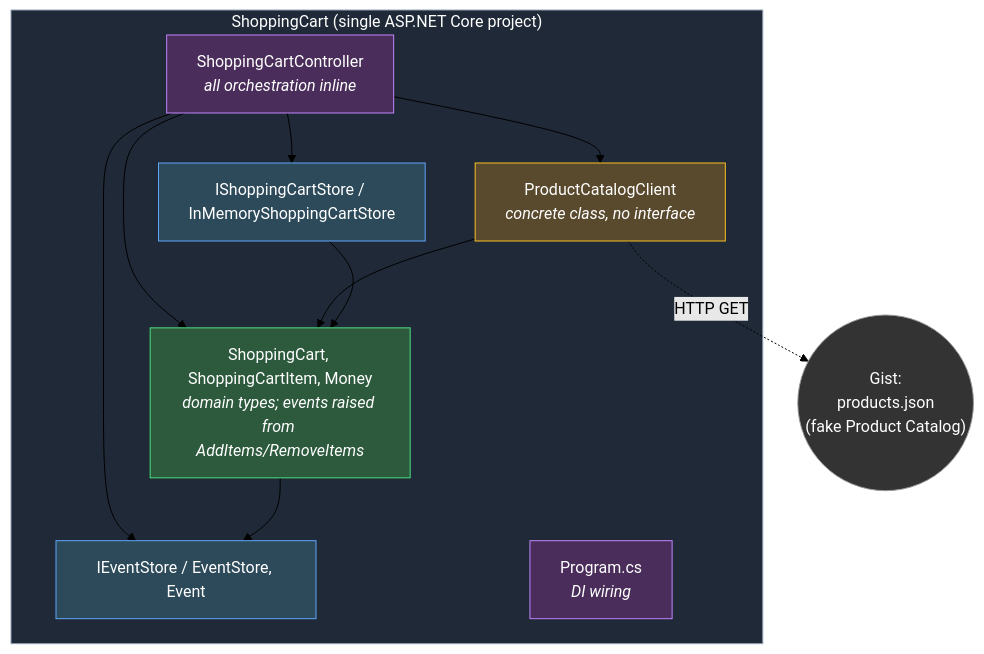
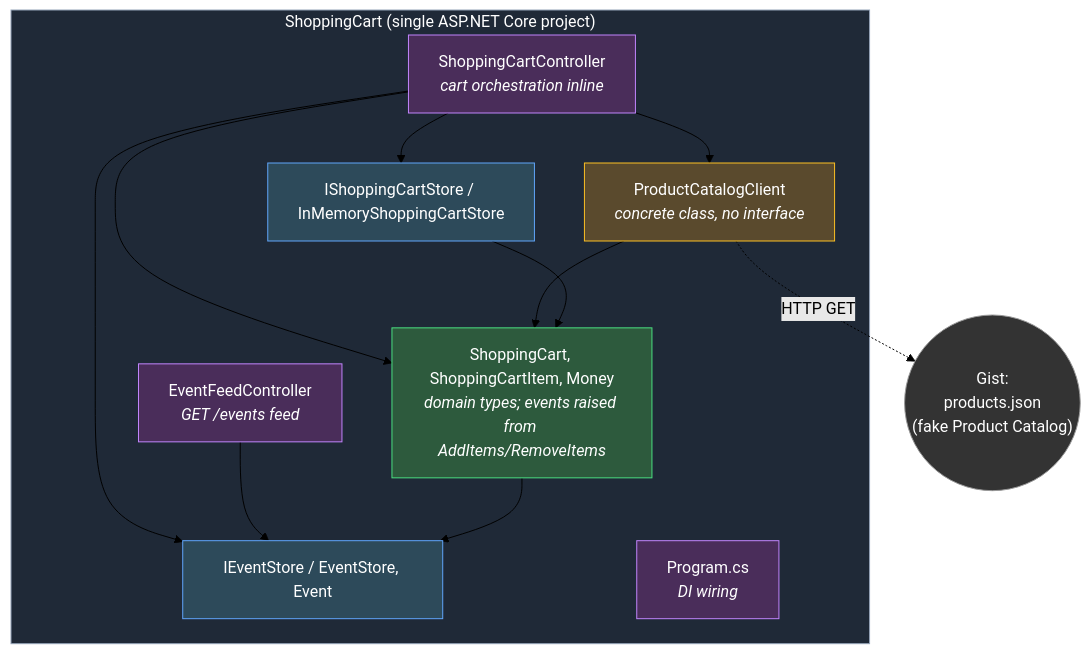
Before and after one commit to anit3k/diplom-storesys-shopping-cart: the diagram in docs/package-diagram.md, drawn with Mermaid (forest theme). The commit also changed other lines of this file and 5 other files, not shown here.

First line of the commit message:
Opdel controller i ShoppingCart- og EventFeedController

````diff
--- a/docs/package-diagram.md
+++ b/docs/package-diagram.md
@@ -13,31 +13,34 @@
 ```mermaid
 graph TD
     subgraph Project["ShoppingCart (single ASP.NET Core project)"]
-        Controller["ShoppingCartController<br/><i>all orchestration inline</i>"]
+        Controller["ShoppingCartController<br/><i>cart orchestration inline</i>"]
+        EventFeed["EventFeedController<br/><i>GET /events feed</i>"]
         Domain["ShoppingCart, ShoppingCartItem, Money<br/><i>domain types; events raised from AddItems/RemoveItems</i>"]
         Store["IShoppingCartStore / InMemoryShoppingCartStore"]
         Events["IEventStore / EventStore, Event"]
         Catalog["ProductCatalogClient<br/><i>concrete class, no interface</i>"]
         Program["Program.cs<br/><i>DI wiring</i>"]
 
         Controller --> Store
         Controller --> Catalog
         Controller --> Domain
         Controller --> Events
+        EventFeed --> Events
         Domain --> Events
         Catalog --> Domain
         Store --> Domain
     end
 
     ExternalGist(("Gist:<br/>products.json<br/>(fake Product Catalog)"))
     Catalog -.HTTP GET.-> ExternalGist
 
     style Project fill:#1f2937,stroke:#94a3b8,color:#fff
     style Domain fill:#2d5a3d,stroke:#4ade80,color:#fff
     style Store fill:#2d4a5a,stroke:#60a5fa,color:#fff
     style Events fill:#2d4a5a,stroke:#60a5fa,color:#fff
     style Catalog fill:#5a4a2d,stroke:#fbbf24,color:#fff
     style Controller fill:#4a2d5a,stroke:#c084fc,color:#fff
+    style EventFeed fill:#4a2d5a,stroke:#c084fc,color:#fff
     style Program fill:#4a2d5a,stroke:#c084fc,color:#fff
     style ExternalGist fill:#333,stroke:#999,color:#fff
 ```
````
